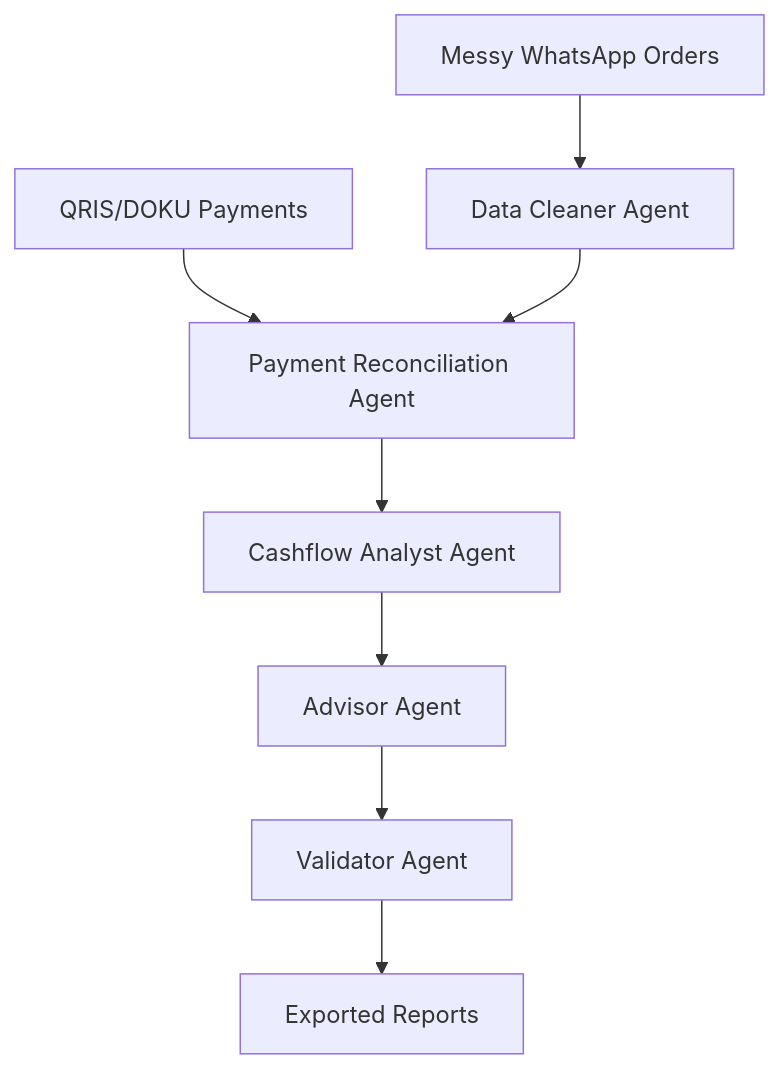
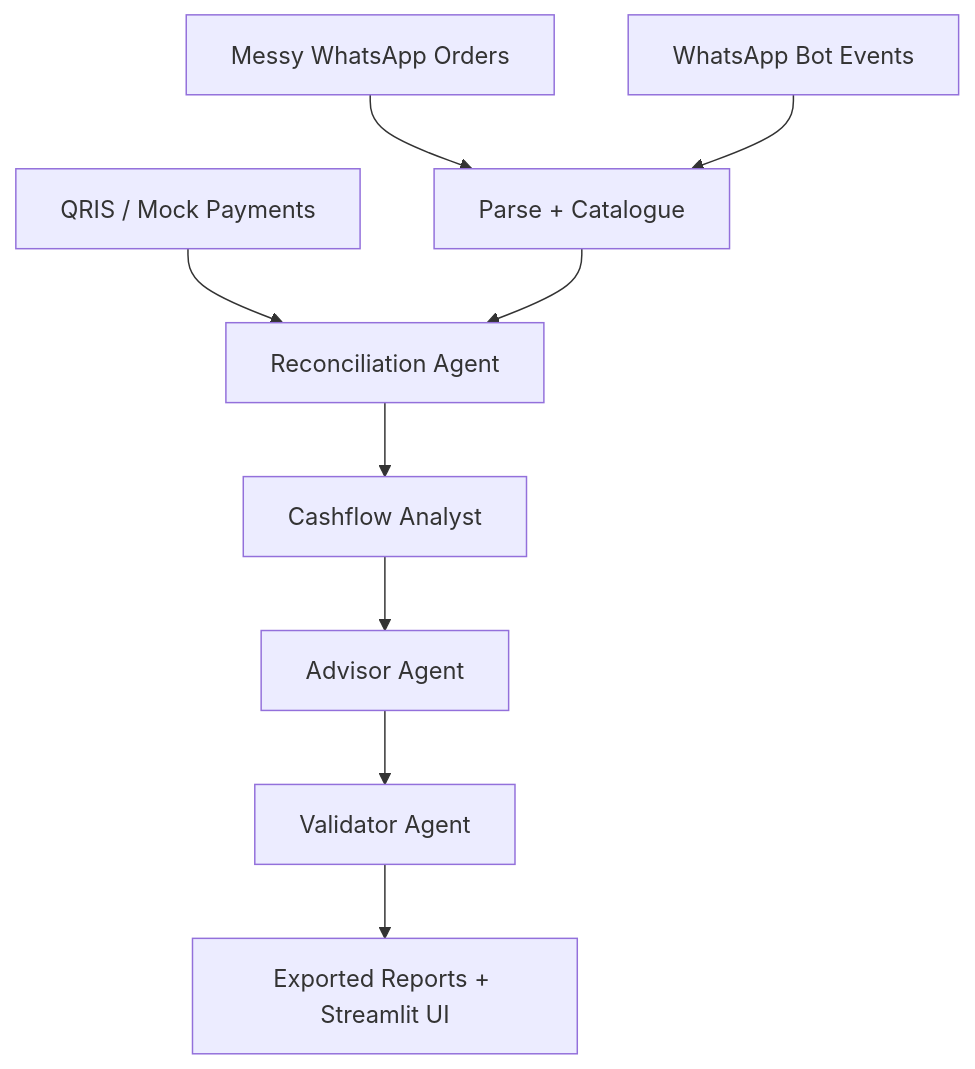
The diagram in docs/OpenClaw2026_MuhammadAldoFahrezy_WarungFlow.md (aldofahrezy/OpenClaw2026_MuhammadAldoFahrezy_WarungFlow), drawn with Mermaid before and after one commit. The commit also changed other lines of this file and 36 other files, not shown here.

First line of the commit message:
Add catalogue CRUD, WhatsApp bot, merchant UI, and refresh all docs.

````diff
--- a/docs/OpenClaw2026_MuhammadAldoFahrezy_WarungFlow.md
+++ b/docs/OpenClaw2026_MuhammadAldoFahrezy_WarungFlow.md
@@ -26,10 +26,11 @@
 ```mermaid
 flowchart TD
-    A[Messy WhatsApp Orders] --> B[Data Cleaner Agent]
-    C[QRIS/DOKU Payments] --> D[Payment Reconciliation Agent]
+    A[Messy WhatsApp Orders] --> B[Parse + Catalogue]
+    C[QRIS / Mock Payments] --> D[Reconciliation Agent]
     B --> D
-    D --> E[Cashflow Analyst Agent]
+  W[WhatsApp Bot Events] --> B
+    D --> E[Cashflow Analyst]
     E --> F[Advisor Agent]
     F --> G[Validator Agent]
-    G --> H[Exported Reports]
+    G --> H[Exported Reports + Streamlit UI]
 ```
````
